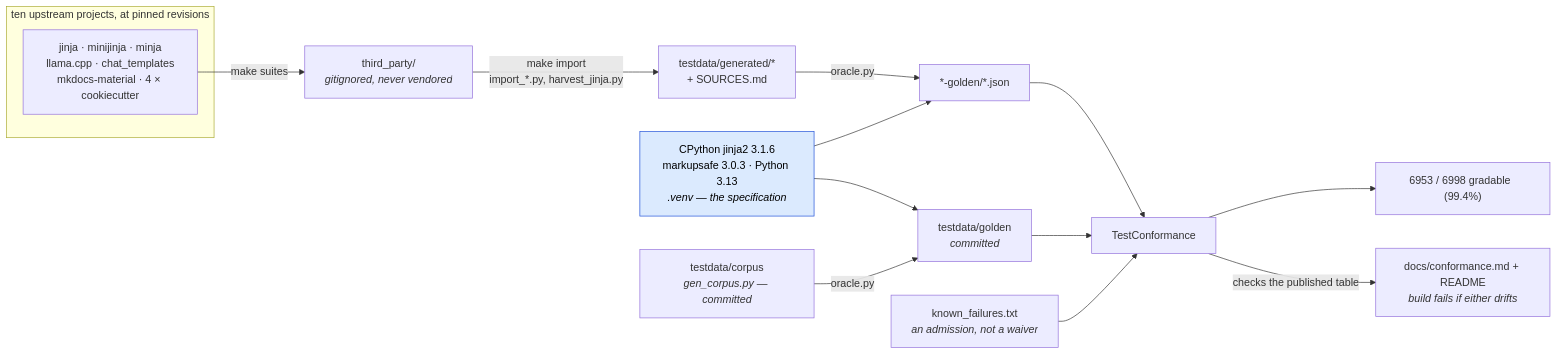
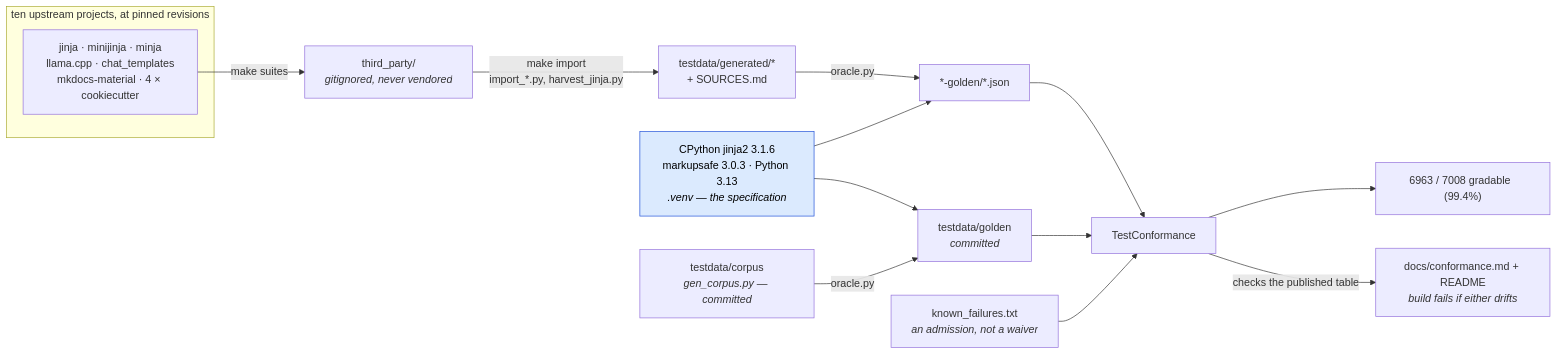
Before and after one commit to mgilbir/gojja2: the first of 2 diagrams in docs/conformance.md, drawn with Mermaid. The commit also changed other lines of this file and 34 other files, not shown here.

````diff
--- a/docs/conformance.md
+++ b/docs/conformance.md
@@ -17,24 +17,24 @@
 ```mermaid
 flowchart LR
     subgraph up["ten upstream projects, at pinned revisions"]
         U1["jinja · minijinja · minja<br/>llama.cpp · chat_templates<br/>mkdocs-material · 4 × cookiecutter"]
     end
     U1 -->|"make suites"| TP["third_party/<br/><i>gitignored, never vendored</i>"]
     TP -->|"make import<br/>import_*.py, harvest_jinja.py"| GEN["testdata/generated/*<br/>+ SOURCES.md"]
 
     ORA["CPython jinja2 3.1.6<br/>markupsafe 3.0.3 · Python 3.13<br/><i>.venv — the specification</i>"]
     GEN -->|"oracle.py"| G2["*-golden/*.json"]
     ORA --> G2
 
     OWN["testdata/corpus<br/><i>gen_corpus.py — committed</i>"] -->|"oracle.py"| G1["testdata/golden<br/><i>committed</i>"]
     ORA --> G1
 
     G1 --> TC["TestConformance"]
     G2 --> TC
     KF["known_failures.txt<br/><i>an admission, not a waiver</i>"] --> TC
-    TC --> RATE["6953 / 6998 gradable  (99.4%)"]
+    TC --> RATE["6963 / 7008 gradable  (99.4%)"]
     TC -->|"checks the published table"| RM["docs/conformance.md + README<br/><i>build fails if either drifts</i>"]
 
     classDef spec fill:#dbeafe,stroke:#1d4ed8,color:#000
     class ORA spec
 ```
````
